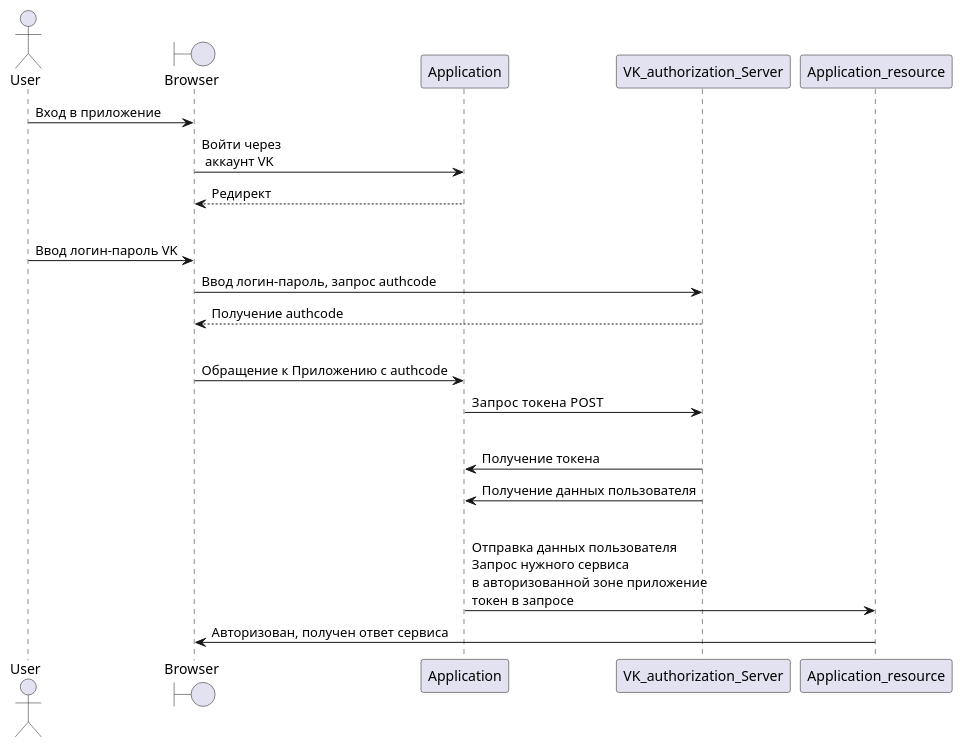
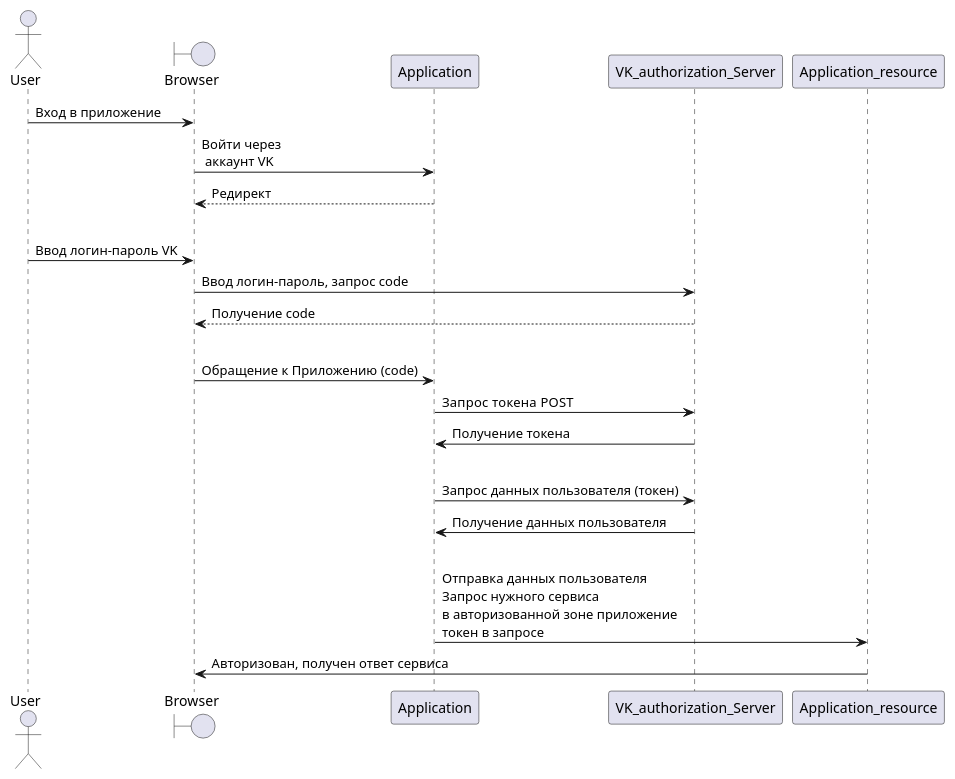
One commit to ivankukarin/UML changed the diagram in Sequence_authBySocialNetAcc.plantuml. Above: the diagram before and after it, drawn with PlantUML.

Commit message:
Add response from Auth Server

```diff
--- a/Sequence_authBySocialNetAcc.plantuml
+++ b/Sequence_authBySocialNetAcc.plantuml
@@ -1,33 +1,34 @@
 @startuml    
 actor User as S1
 boundary Browser as S2
 participant Application as S3
 participant VK_authorization_Server as S4
 participant Application_resource as S5
 
 S1 -> S2 : Вход в приложение
 S2 -> S3 : Войти через\n аккаунт VK
 S3 --> S2 : Редирект
 |||
 
 S1 -> S2 : Ввод логин-пароль VK
-S2 -> S4 : Ввод логин-пароль, запрос authcode
-S4 --> S2 : Получение authcode 
+S2 -> S4 : Ввод логин-пароль, запрос code
+S4 --> S2 : Получение code 
 |||
-S2 -> S3 : Обращение к Приложению с authcode
+S2 -> S3 : Обращение к Приложению (code)
 S3 -> S4 : Запрос токена  POST
-|||  
 S4 -> S3 : Получение токена
+|||
+S3 -> S4 : Запрос данных пользователя (токен)
 S4 -> S3 : Получение данных пользователя
 |||
 S3 -> S5 : Отправка данных пользователя\nЗапрос нужного сервиса \nв авторизованной зоне приложение\nтокен в запросе
 S5 -> S2 : Авторизован, получен ответ сервиса 
 
 
 ' 4 response type_client_id redirect URI
 ' 5 code redirect URI
 ' 6 code
 
 
 
 @enduml
```
